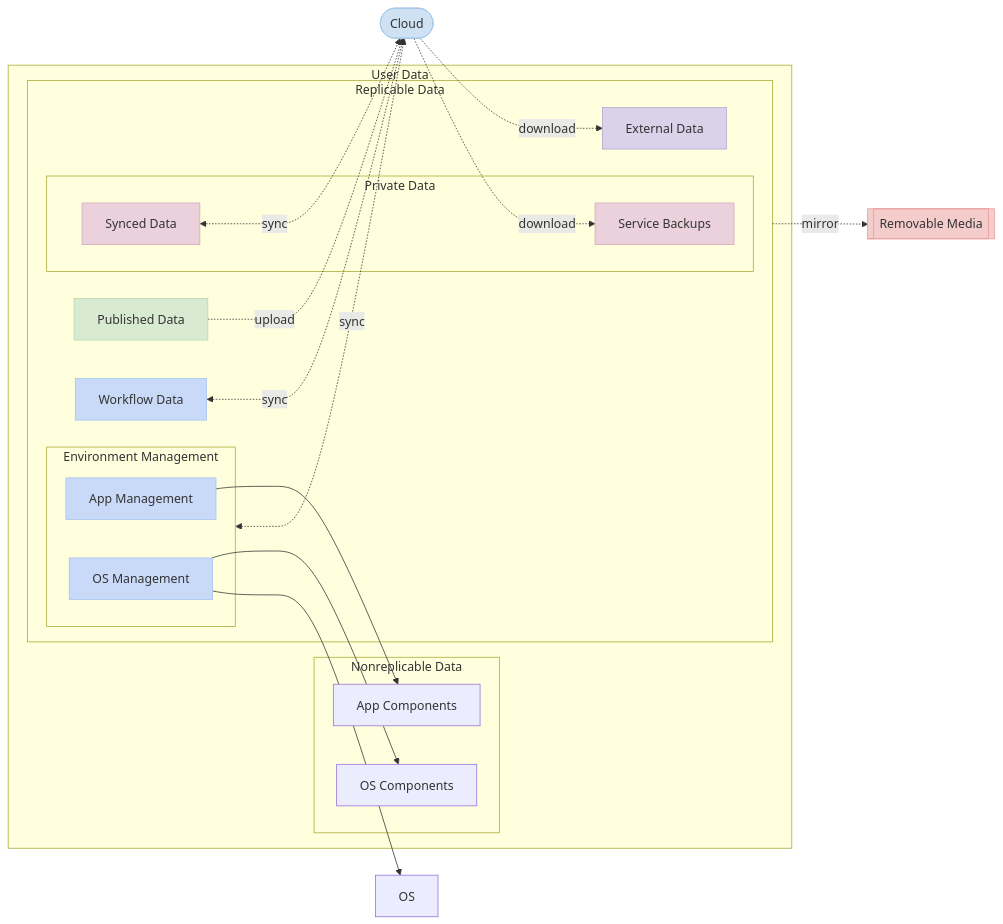
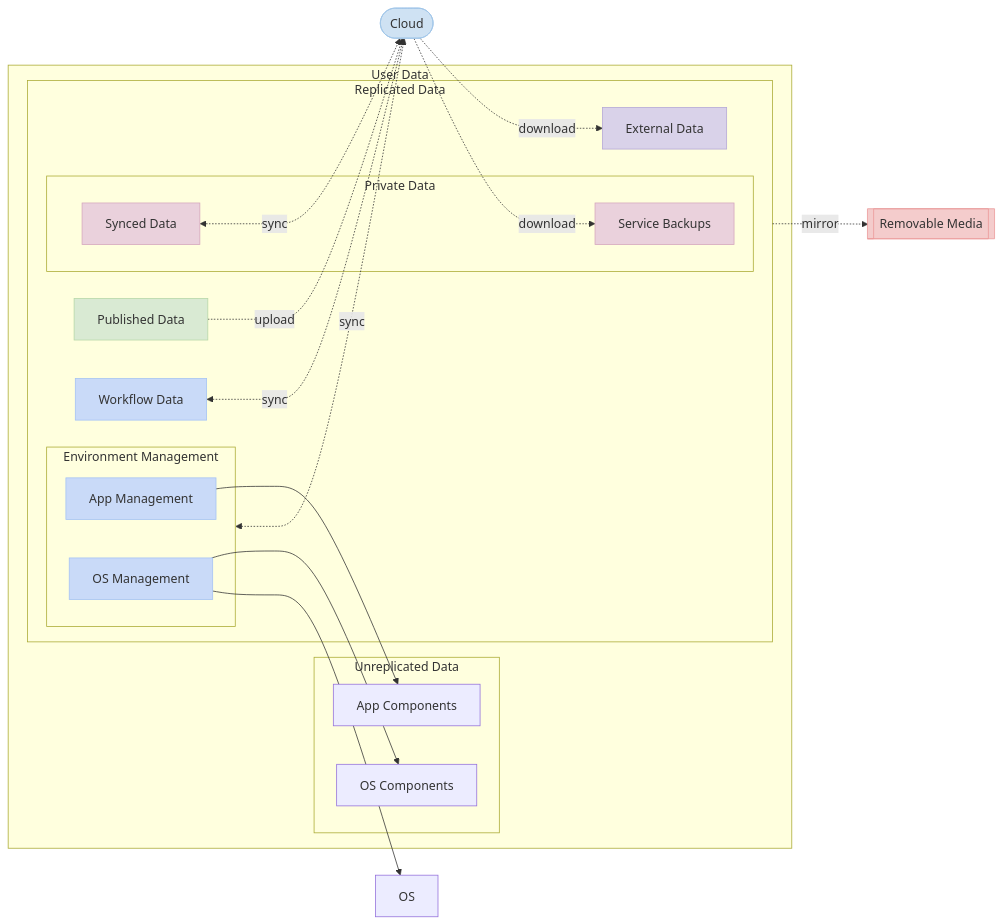
One commit to konskarz/wam changed the diagram in pcm.md. Above: the diagram before and after it, drawn with Mermaid. The commit also changed other lines of this file, not shown here.

Commit message:
docs(pcm): add data and environment management sections

````diff
--- a/pcm.md
+++ b/pcm.md
@@ -5,49 +5,49 @@
 ```mermaid
 graph LR
   os[OS]
   subgraph data[User Data]
-    subgraph depot[Nonreplicable Data]
+    subgraph depot[Unreplicated Data]
       apps[App Components]
       sys[OS Components]
     end
-    subgraph docs[Replicable Data]
+    subgraph docs[Replicated Data]
       subgraph env[Environment Management]
         wam[App Management]
         wpt[OS Management]
       end
       subgraph prv[Private Data]
         bak[Service Backups]
         share[Synced Data]
       end
       pub[Published Data]
       wf[Workflow Data]
       lib[External Data]
     end
   end
   cloud([Cloud])
   removable[[Removable Media]]
 
   docs -.->|mirror| removable
   pub -.->|upload| cloud
   cloud -.->|download| bak & lib
   env & wf & share <-.->|sync| cloud
   wam --> apps
   wpt --> sys & os
 
   classDef finalized fill:#d9ead3,stroke:#b6d7a8,color:#333;
   classDef current fill:#c9daf8,stroke:#a4c2f4,color:#333;
   classDef external fill:#d9d2e9,stroke:#b4a7d6,color:#333;
   classDef private fill:#ead1dc,stroke:#d5a6bd,color:#333;
   classDef service fill:#cfe2f3,stroke:#9fc5e8,color:#333;
   classDef device fill:#f4cccc,stroke:#ea9999,color:#333;
 
   class pub finalized
   class wam,wpt,wf current
   class bak,share private
   class lib external
   class cloud service
   class removable device
 
   click wam "https://github.com/konskarz/wam"
   click wpt "https://github.com/konskarz/wpt"
 ```
````
